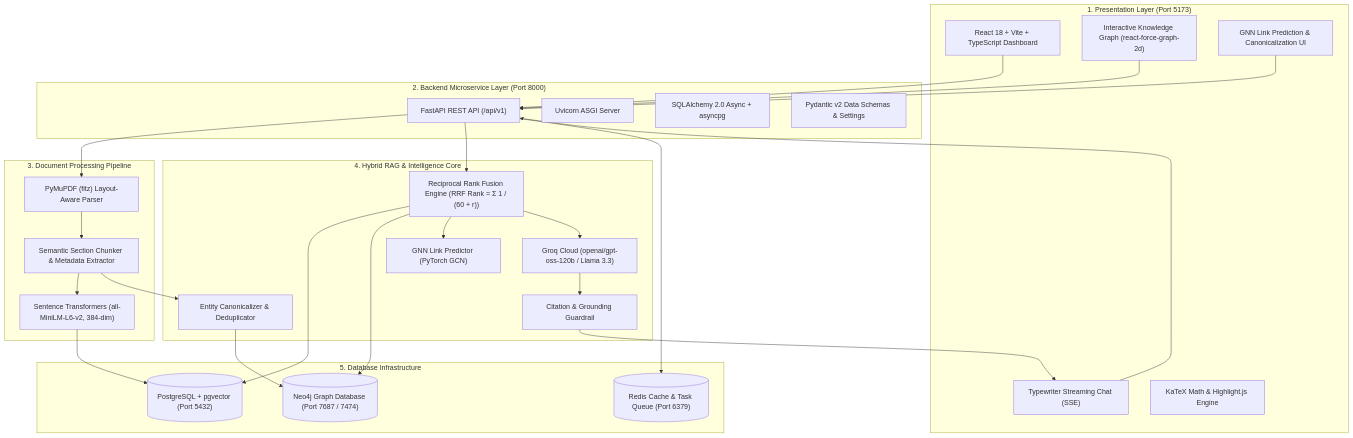
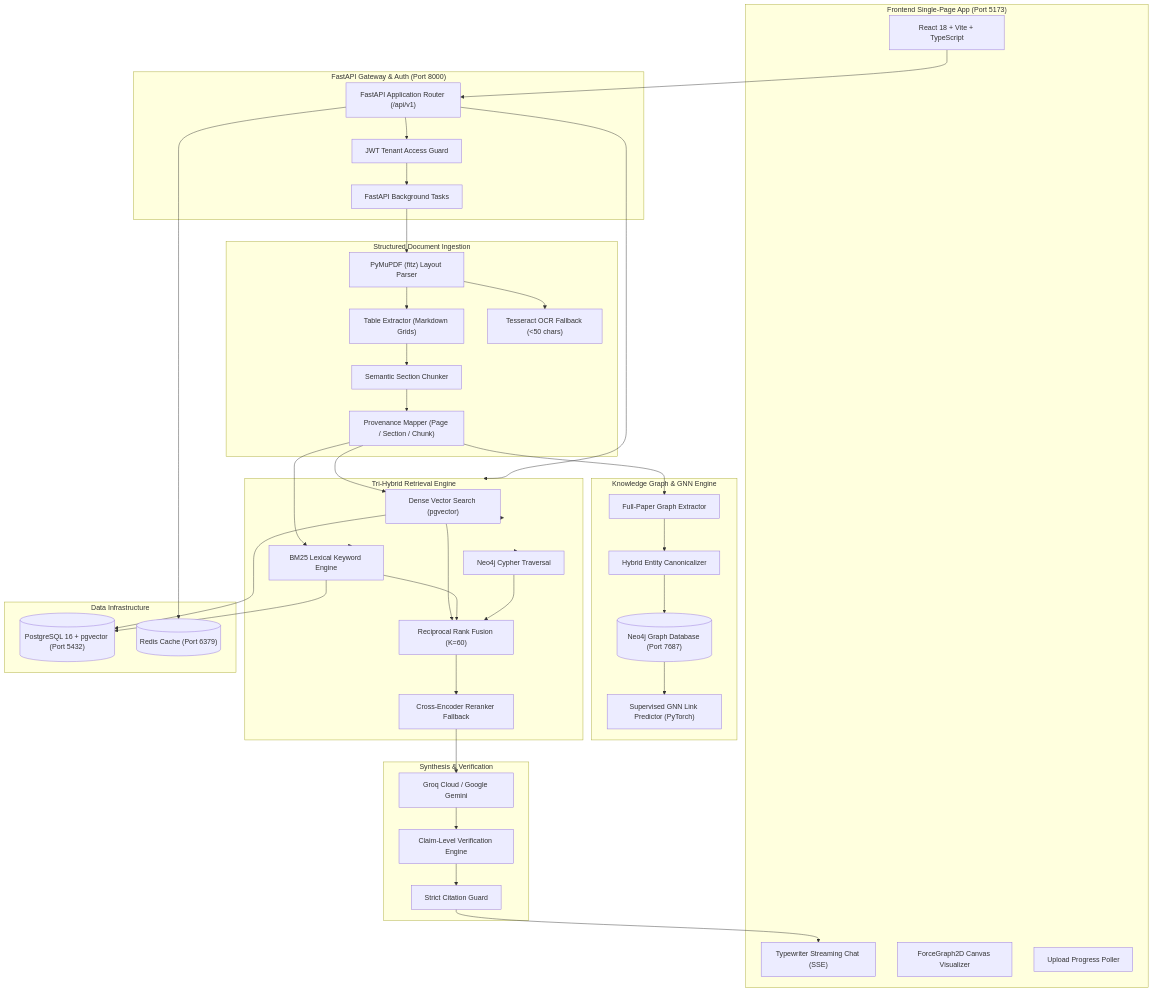
One commit to Priyan-19/Research_Paper_Analysis changed the diagram in README.md. Above: the diagram before and after it, drawn with Mermaid. The commit also changed other lines of this file and 39 other files, not shown here.

Commit message:
feat(v2.0): implement tri-hybrid RAG and multi-tenancy

````diff
--- a/README.md
+++ b/README.md
@@ -46,53 +67,84 @@
 ```mermaid
-graph TD
-    subgraph Presentation Layer ["1. Presentation Layer (Port 5173)"]
-        UI["React 18 + Vite + TypeScript Dashboard"]
+flowchart TD
+    subgraph Client ["Frontend Single-Page App (Port 5173)"]
+        UI["React 18 + Vite + TypeScript"]
         ChatUI["Typewriter Streaming Chat (SSE)"]
-        GraphViz["Interactive Knowledge Graph (react-force-graph-2d)"]
-        GNNUI["GNN Link Prediction & Canonicalization UI"]
-        Katex["KaTeX Math & Highlight.js Engine"]
+        GraphViz["ForceGraph2D Canvas Visualizer"]
+        StatusPoll["Upload Progress Poller"]
     end
 
-    subgraph API Gateway ["2. Backend Microservice Layer (Port 8000)"]
-        FastAPI["FastAPI REST API (/api/v1)"]
-        Uvicorn["Uvicorn ASGI Server"]
-        AsyncORM["SQLAlchemy 2.0 Async + asyncpg"]
-        Validation["Pydantic v2 Data Schemas & Settings"]
+    subgraph Gateway ["FastAPI Gateway & Auth (Port 8000)"]
+        Router["FastAPI Application Router (/api/v1)"]
+        AuthGuard["JWT Tenant Access Guard"]
+        WorkerPool["FastAPI Background Tasks"]
     end
 
-    subgraph Ingestion Engine ["3. Document Processing Pipeline"]
-        PyMuPDF["PyMuPDF (fitz) Layout-Aware Parser"]
-        Chunker["Semantic Section Chunker & Metadata Extractor"]
-        Embedder["Sentence Transformers (all-MiniLM-L6-v2, 384-dim)"]
+    subgraph IngestionEngine ["Structured Document Ingestion"]
+        PyMuPDF["PyMuPDF (fitz) Layout Parser"]
+        TableParser["Table Extractor (Markdown Grids)"]
+        OCRFallback["Tesseract OCR Fallback (<50 chars)"]
+        Chunker["Semantic Section Chunker"]
+        Provenance["Provenance Mapper (Page / Section / Chunk)"]
     end
 
-    subgraph AI Framework ["4. Hybrid RAG & Intelligence Core"]
-        LLM["Groq Cloud (openai/gpt-oss-120b / Llama 3.3)"]
-        RRF["Reciprocal Rank Fusion Engine (RRF Rank = Σ 1 / (60 + r))"]
-        GNN["GNN Link Predictor (PyTorch GCN)"]
-        Canon["Entity Canonicalizer & Deduplicator"]
-        Guard["Citation & Grounding Guardrail"]
+    subgraph GraphCore ["Knowledge Graph & GNN Engine"]
+        Extractor["Full-Paper Graph Extractor"]
+        Canonicalizer["Hybrid Entity Canonicalizer"]
+        GCN["Supervised GNN Link Predictor (PyTorch)"]
+        Neo4j[("Neo4j Graph Database (Port 7687)")]
     end
 
-    subgraph Storage Layer ["5. Database Infrastructure"]
-        PG[("PostgreSQL + pgvector (Port 5432)")]
-        NEO[("Neo4j Graph Database (Port 7687 / 7474)")]
-        REDIS[("Redis Cache & Task Queue (Port 6379)")]
+    subgraph TriHybridRAG ["Tri-Hybrid Retrieval Engine"]
+        DenseSearch["Dense Vector Search (pgvector)"]
+        BM25Search["BM25 Lexical Keyword Engine"]
+        CypherSearch["Neo4j Cypher Traversal"]
+        RRF["Reciprocal Rank Fusion (K=60)"]
+        Reranker["Cross-Encoder Reranker Fallback"]
     end
 
-    UI --> FastAPI
-    ChatUI --> FastAPI
-    GraphViz --> FastAPI
-    GNNUI --> FastAPI
-    FastAPI --> PyMuPDF
-    PyMuPDF --> Chunker --> Embedder
-    Embedder --> PG
-    Chunker --> Canon --> NEO
-    FastAPI --> RRF
-    RRF --> PG
-    RRF --> NEO
-    RRF --> GNN
-    RRF --> LLM
-    LLM --> Guard --> ChatUI
-    FastAPI --> REDIS
+    subgraph Synthesis ["Synthesis & Verification"]
+        LLM["Groq Cloud / Google Gemini"]
+        ClaimVerifier["Claim-Level Verification Engine"]
+        CitationGuard["Strict Citation Guard"]
+    end
+
+    subgraph Persistence ["Data Infrastructure"]
+        PG[("PostgreSQL 16 + pgvector (Port 5432)")]
+        RedisDB[("Redis Cache (Port 6379)")]
+    end
+
+    UI --> Router
+    Router --> AuthGuard
+    AuthGuard --> WorkerPool
+
+    WorkerPool --> PyMuPDF
+    PyMuPDF --> TableParser
+    PyMuPDF --> OCRFallback
+    TableParser --> Chunker
+    Chunker --> Provenance
+
+    Provenance --> Extractor
+    Extractor --> Canonicalizer
+    Canonicalizer --> Neo4j
+    Neo4j --> GCN
+
+    Provenance --> DenseSearch
+    Provenance --> BM25Search
+    DenseSearch --> PG
+    BM25Search --> PG
+
+    Router --> TriHybridRAG
+    TriHybridRAG --> DenseSearch
+    TriHybridRAG --> BM25Search
+    TriHybridRAG --> CypherSearch
+    DenseSearch --> RRF
+    BM25Search --> RRF
+    CypherSearch --> RRF
+    RRF --> Reranker
+
+    Reranker --> LLM
+    LLM --> ClaimVerifier
+    ClaimVerifier --> CitationGuard
+    CitationGuard --> ChatUI
+    Router --> RedisDB
 ```
````
